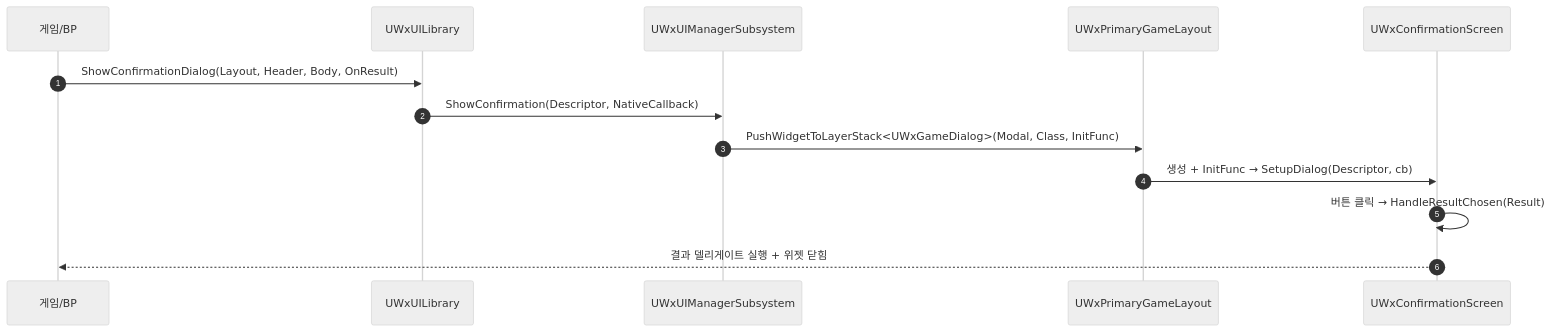
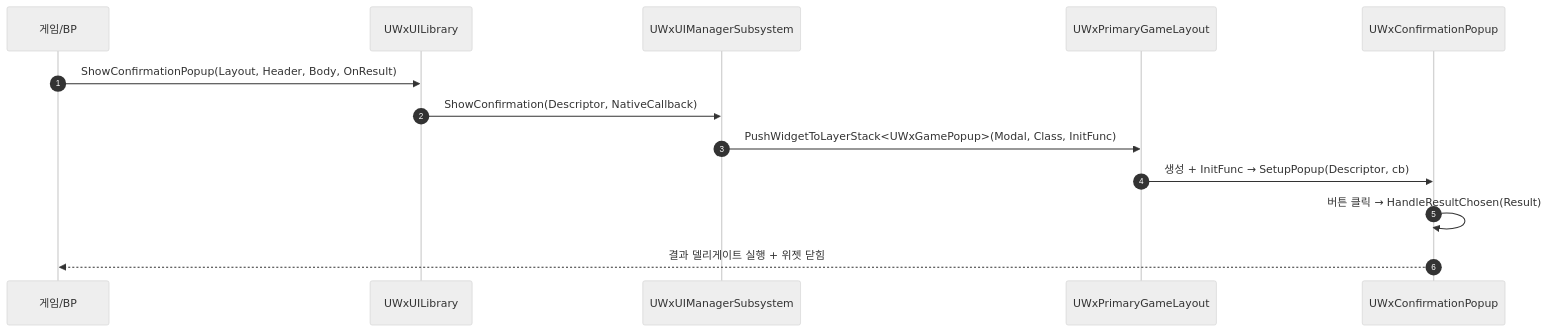
The diagram in .claude/worklog/2026-07-11-WxUI-팝업-다이얼로그-시스템.md (Woogl/ProjectWx), drawn with Mermaid (neutral theme) before and after one commit. The commit also changed other lines of this file and 24 other files, not shown here.

````diff
--- a/.claude/worklog/2026-07-11-WxUI-팝업-다이얼로그-시스템.md
+++ b/.claude/worklog/2026-07-11-WxUI-팝업-다이얼로그-시스템.md
@@ -28,15 +28,15 @@
 ```mermaid
 sequenceDiagram
     autonumber
     participant G as 게임/BP
     participant L as UWxUILibrary
     participant M as UWxUIManagerSubsystem
     participant P as UWxPrimaryGameLayout
-    participant D as UWxConfirmationScreen
-    G->>L: ShowConfirmationDialog(Layout, Header, Body, OnResult)
+    participant D as UWxConfirmationPopup
+    G->>L: ShowConfirmationPopup(Layout, Header, Body, OnResult)
     L->>M: ShowConfirmation(Descriptor, NativeCallback)
-    M->>P: PushWidgetToLayerStack<UWxGameDialog>(Modal, Class, InitFunc)
-    P->>D: 생성 + InitFunc → SetupDialog(Descriptor, cb)
+    M->>P: PushWidgetToLayerStack<UWxGamePopup>(Modal, Class, InitFunc)
+    P->>D: 생성 + InitFunc → SetupPopup(Descriptor, cb)
     D->>D: 버튼 클릭 → HandleResultChosen(Result)
     D-->>G: 결과 델리게이트 실행 + 위젯 닫힘
 ```
````
